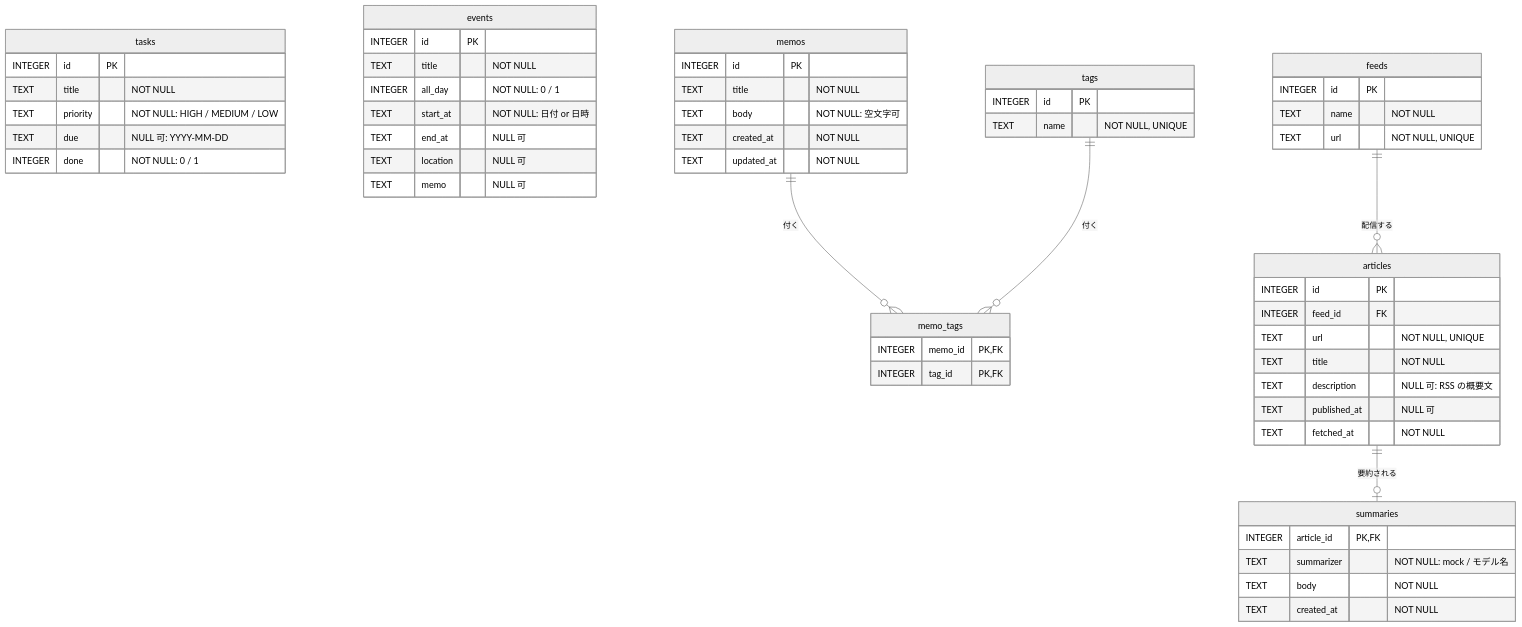
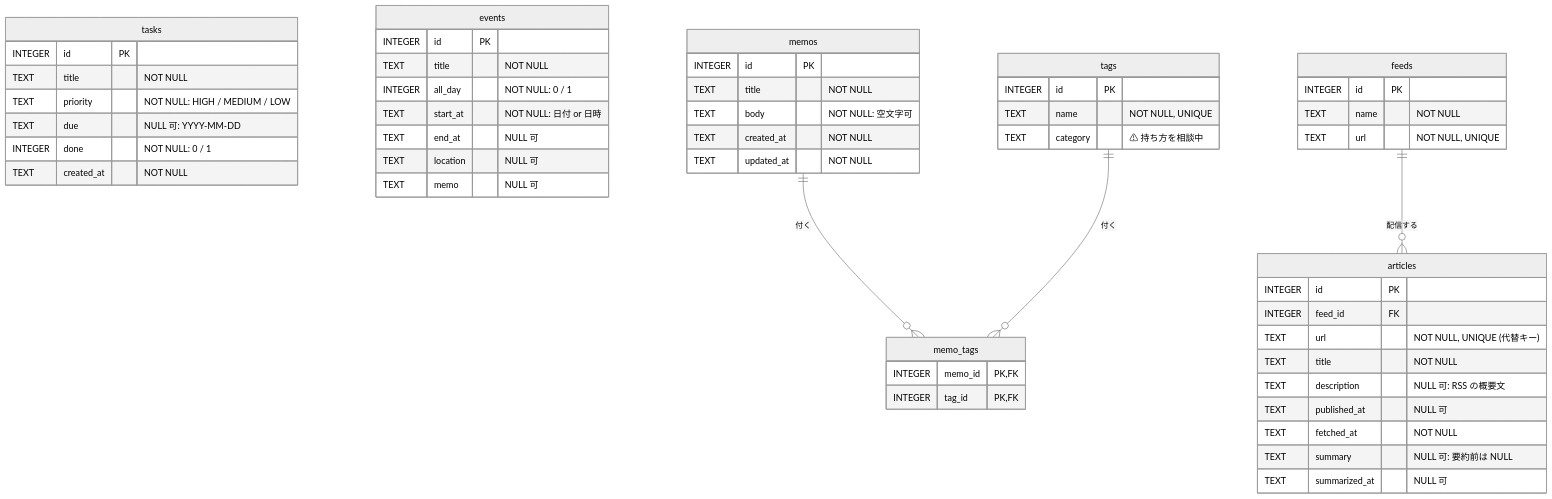
The diagram in docs/db/er.md (YANASAN-eng/PDA-application), drawn with Mermaid (neutral theme) before and after one commit. The commit also changed other lines of this file, not shown here.

Commit message:
Apply ER design decisions: single events table, tags table, task created_at, summary on articles

````diff
--- a/docs/db/er.md
+++ b/docs/db/er.md
@@ -6,59 +6,56 @@
 ```mermaid
 erDiagram
     tasks {
         INTEGER id PK
         TEXT title "NOT NULL"
         TEXT priority "NOT NULL: HIGH / MEDIUM / LOW"
         TEXT due "NULL 可: YYYY-MM-DD"
         INTEGER done "NOT NULL: 0 / 1"
+        TEXT created_at "NOT NULL"
     }
     events {
         INTEGER id PK
         TEXT title "NOT NULL"
         INTEGER all_day "NOT NULL: 0 / 1"
         TEXT start_at "NOT NULL: 日付 or 日時"
         TEXT end_at "NULL 可"
         TEXT location "NULL 可"
         TEXT memo "NULL 可"
     }
     memos {
         INTEGER id PK
         TEXT title "NOT NULL"
         TEXT body "NOT NULL: 空文字可"
         TEXT created_at "NOT NULL"
         TEXT updated_at "NOT NULL"
     }
     tags {
         INTEGER id PK
         TEXT name "NOT NULL, UNIQUE"
+        TEXT category "⚠ 持ち方を相談中"
     }
     memo_tags {
         INTEGER memo_id PK, FK
         INTEGER tag_id PK, FK
     }
     feeds {
         INTEGER id PK
         TEXT name "NOT NULL"
         TEXT url "NOT NULL, UNIQUE"
     }
     articles {
         INTEGER id PK
         INTEGER feed_id FK
-        TEXT url "NOT NULL, UNIQUE"
+        TEXT url "NOT NULL, UNIQUE (代替キー)"
         TEXT title "NOT NULL"
         TEXT description "NULL 可: RSS の概要文"
         TEXT published_at "NULL 可"
         TEXT fetched_at "NOT NULL"
-    }
-    summaries {
-        INTEGER article_id PK, FK
-        TEXT summarizer "NOT NULL: mock / モデル名"
-        TEXT body "NOT NULL"
-        TEXT created_at "NOT NULL"
+        TEXT summary "NULL 可: 要約前は NULL"
+        TEXT summarized_at "NULL 可"
     }
 
     memos ||--o{ memo_tags : "付く"
     tags ||--o{ memo_tags : "付く"
     feeds ||--o{ articles : "配信する"
-    articles ||--o| summaries : "要約される"
 ```
````
